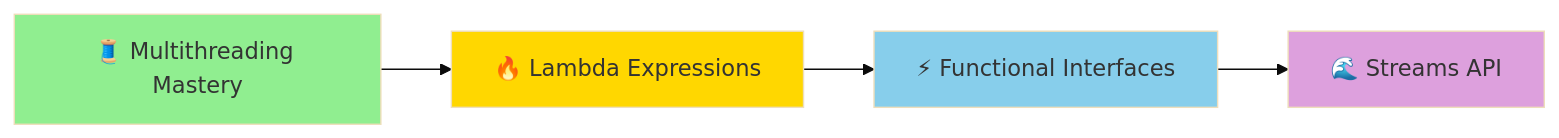
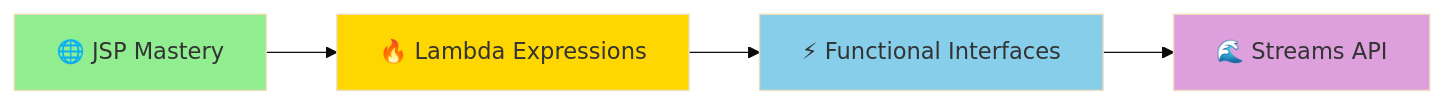
Before and after one commit to Piyush64-bit/AdvanceJava-Programs: the fifth of 6 diagrams in README.md, drawn with Mermaid (base theme). The commit also changed other lines of this file and 2 other files, not shown here.

````diff
--- a/README.md
+++ b/README.md
@@ -220,11 +231,11 @@
 ```mermaid
 graph LR
-    A[🧵 Multithreading Mastery] --> B[🔥 Lambda Expressions]
+    A[🌐 JSP Mastery] --> B[🔥 Lambda Expressions]
     B --> C[⚡ Functional Interfaces]
     C --> D[🌊 Streams API]
     
     style A fill:#90EE90
     style B fill:#FFD700
     style C fill:#87CEEB
     style D fill:#DDA0DD
 ```
````
